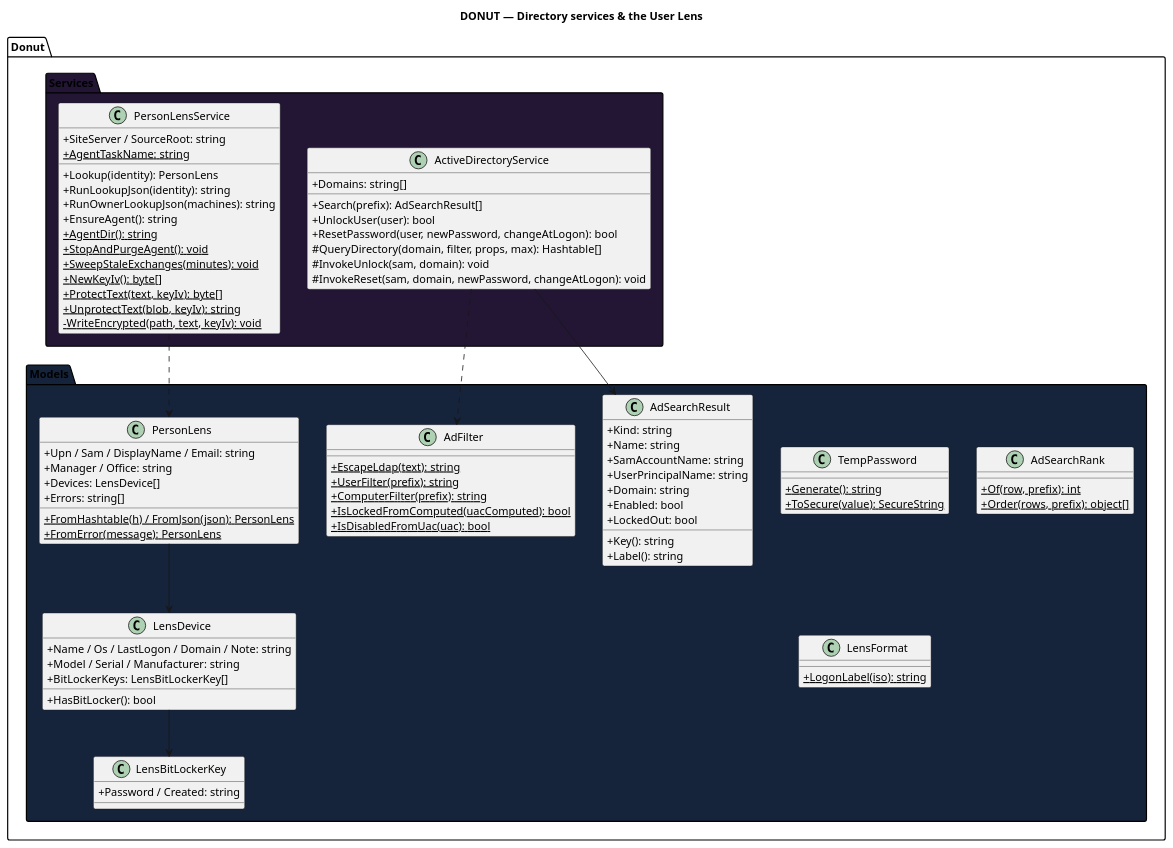
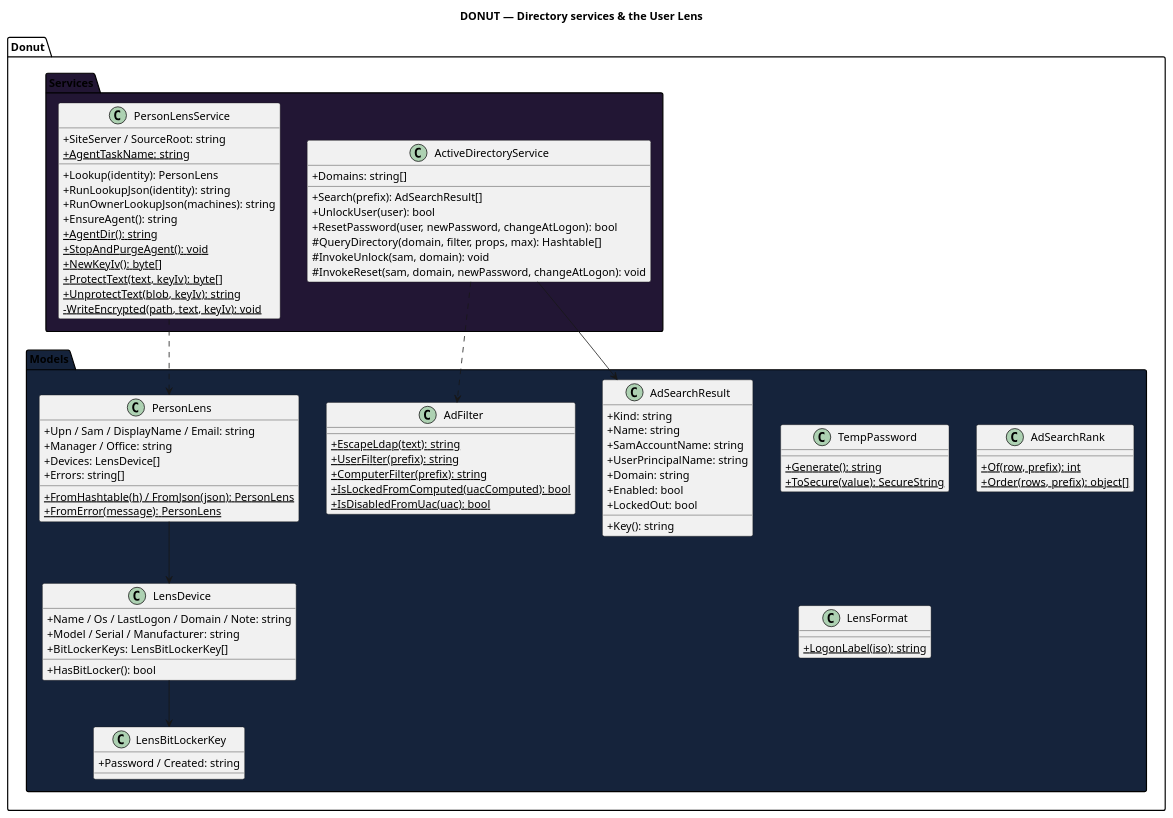
Before and after one commit to Danial-Changez/DONUT: the diagram in docs/diagrams/class_lens.puml, drawn with PlantUML. The commit also changed 112 other files, not shown here.

```diff
--- a/docs/diagrams/class_lens.puml
+++ b/docs/diagrams/class_lens.puml
@@ -1,95 +1,93 @@
 @startuml class_lens
 title DONUT — Directory services & the User Lens
 skinparam classAttributeIconSize 0
 
 ' Subsystem cut of the retired all-in-one class diagram: AD search/account
 ' actions and the de-elevated User Lens (DONUT's user-to-device lookup).
 ' Cross-subsystem wiring lives in component_diagram.
 package "Donut.Services" #221634 {
     class ActiveDirectoryService {
         +Domains: string[]
         +Search(prefix): AdSearchResult[]
         +UnlockUser(user): bool
         +ResetPassword(user, newPassword, changeAtLogon): bool
         #QueryDirectory(domain, filter, props, max): Hashtable[]
         #InvokeUnlock(sam, domain): void
         #InvokeReset(sam, domain, newPassword, changeAtLogon): void
     }
 
     class PersonLensService {
         +SiteServer / SourceRoot: string
         +{static} AgentTaskName: string
         +Lookup(identity): PersonLens
         +RunLookupJson(identity): string
         +RunOwnerLookupJson(machines): string
         +EnsureAgent(): string
         +{static} AgentDir(): string
         +{static} StopAndPurgeAgent(): void
-        +{static} SweepStaleExchanges(minutes): void
         +{static} NewKeyIv(): byte[]
         +{static} ProtectText(text, keyIv): byte[]
         +{static} UnprotectText(blob, keyIv): string
         -{static} WriteEncrypted(path, text, keyIv): void
     }
 }
 
 package "Donut.Models" #15233B {
     class AdSearchResult {
         +Kind: string
         +Name: string
         +SamAccountName: string
         +UserPrincipalName: string
         +Domain: string
         +Enabled: bool
         +LockedOut: bool
         +Key(): string
-        +Label(): string
     }
 
     class AdFilter {
         +{static} EscapeLdap(text): string
         +{static} UserFilter(prefix): string
         +{static} ComputerFilter(prefix): string
         +{static} IsLockedFromComputed(uacComputed): bool
         +{static} IsDisabledFromUac(uac): bool
     }
 
     class TempPassword {
         +{static} Generate(): string
         +{static} ToSecure(value): SecureString
     }
 
     class AdSearchRank {
         +{static} Of(row, prefix): int
         +{static} Order(rows, prefix): object[]
     }
 
     class PersonLens {
         +Upn / Sam / DisplayName / Email: string
         +Manager / Office: string
         +Devices: LensDevice[]
         +Errors: string[]
         +{static} FromHashtable(h) / FromJson(json): PersonLens
         +{static} FromError(message): PersonLens
     }
     class LensDevice {
         +Name / Os / LastLogon / Domain / Note: string
         +Model / Serial / Manufacturer: string
         +BitLockerKeys: LensBitLockerKey[]
         +HasBitLocker(): bool
     }
     class LensBitLockerKey {
         +Password / Created: string
     }
     class LensFormat {
         +{static} LogonLabel(iso): string
     }
 }
 
 ActiveDirectoryService --> AdSearchResult
 ActiveDirectoryService ..> AdFilter
 PersonLensService ..> PersonLens
 PersonLens --> LensDevice
 LensDevice --> LensBitLockerKey
 
 @enduml
```
